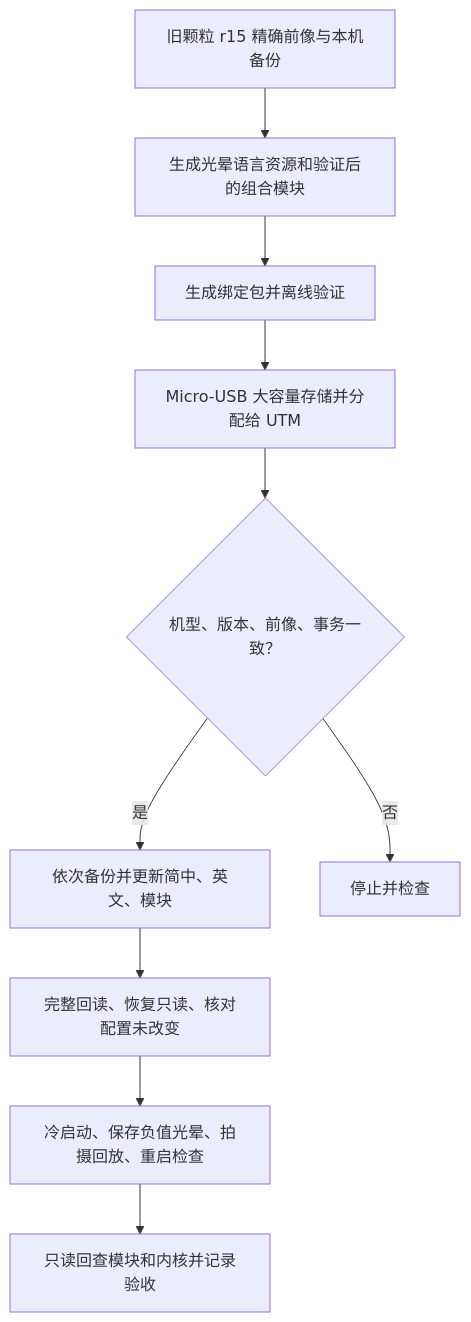
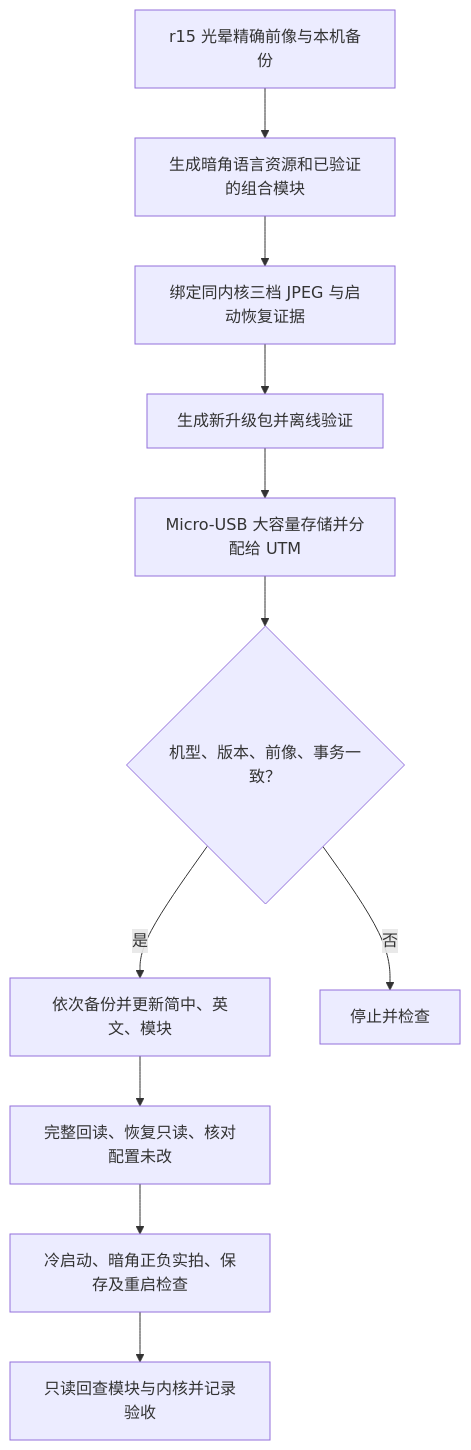
The diagram in docs/release-workflow.md (robinshie/Sony_A7M3), drawn with Mermaid before and after one commit. The commit also changed other lines of this file and 54 other files, not shown here.

````diff
--- a/docs/release-workflow.md
+++ b/docs/release-workflow.md
@@ -34,12 +36,13 @@
 ```mermaid
 flowchart TD
-    A[旧颗粒 r15 精确前像与本机备份] --> B[生成光晕语言资源和验证后的组合模块]
-    B --> C[生成绑定包并离线验证]
-    C --> D[Micro-USB 大容量存储并分配给 UTM]
-    D --> E{机型、版本、前像、事务一致？}
-    E -->|是| F[依次备份并更新简中、英文、模块]
-    E -->|否| X[停止并检查]
-    F --> G[完整回读、恢复只读、核对配置未改变]
-    G --> H[冷启动、保存负值光晕、拍摄回放、重启检查]
-    H --> I[只读回查模块和内核并记录验收]
+    A[r15 光晕精确前像与本机备份] --> B[生成暗角语言资源和已验证的组合模块]
+    B --> C[绑定同内核三档 JPEG 与启动恢复证据]
+    C --> D[生成新升级包并离线验证]
+    D --> E[Micro-USB 大容量存储并分配给 UTM]
+    E --> F{机型、版本、前像、事务一致？}
+    F -->|是| G[依次备份并更新简中、英文、模块]
+    F -->|否| X[停止并检查]
+    G --> H[完整回读、恢复只读、核对配置未改]
+    H --> I[冷启动、暗角正负实拍、保存及重启检查]
+    I --> J[只读回查模块与内核并记录验收]
 ```
````
